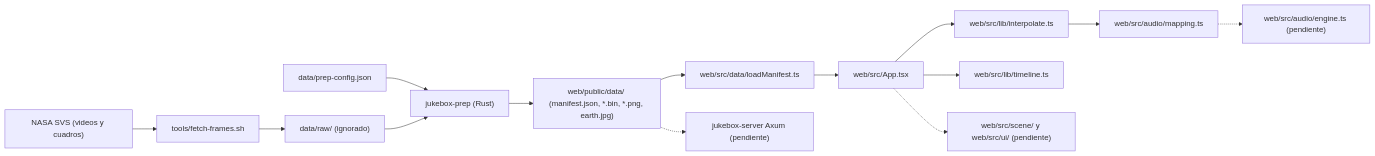
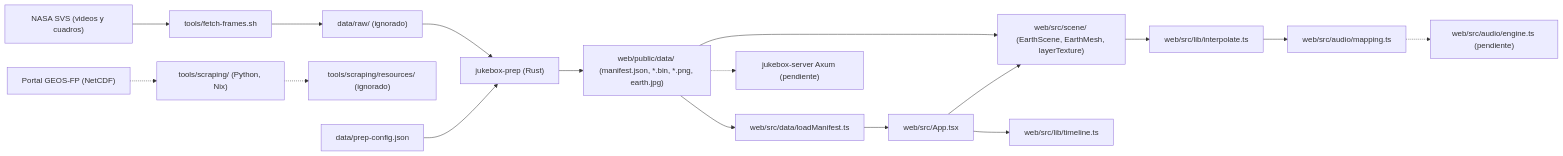
The first of 5 diagrams in aidlc/spaces/default/codekb/Nasa-Challenge/architecture.md (AndresNavarrom/Nasa-Challenge), drawn with Mermaid before and after one commit. The commit also changed other lines of this file and 8 other files, not shown here.

````diff
--- a/aidlc/spaces/default/codekb/Nasa-Challenge/architecture.md
+++ b/aidlc/spaces/default/codekb/Nasa-Challenge/architecture.md
@@ -15,16 +15,19 @@
 ```mermaid
 flowchart LR
   NASA["NASA SVS (videos y cuadros)"] --> Fetch["tools/fetch-frames.sh"]
   Fetch --> Raw["data/raw/ (ignorado)"]
+  GEOS["Portal GEOS-FP (NetCDF)"] -.-> Scrap["tools/scraping/ (Python, Nix)"]
+  Scrap -.-> Res["tools/scraping/resources/ (ignorado)"]
   Config["data/prep-config.json"] --> Prep["jukebox-prep (Rust)"]
   Raw --> Prep
   Prep --> Data["web/public/data/ (manifest.json, *.bin, *.png, earth.jpg)"]
   Data --> Loader["web/src/data/loadManifest.ts"]
   Loader --> App["web/src/App.tsx"]
-  App --> Interp["web/src/lib/interpolate.ts"]
+  App --> Scene["web/src/scene/ (EarthScene, EarthMesh, layerTexture)"]
+  Data --> Scene
+  Scene --> Interp["web/src/lib/interpolate.ts"]
   App --> Timeline["web/src/lib/timeline.ts"]
   Interp --> Mapping["web/src/audio/mapping.ts"]
   Mapping -.-> Engine["web/src/audio/engine.ts (pendiente)"]
-  App -.-> Scene["web/src/scene/ y web/src/ui/ (pendiente)"]
   Data -.-> Server["jukebox-server Axum (pendiente)"]
 ```
````
